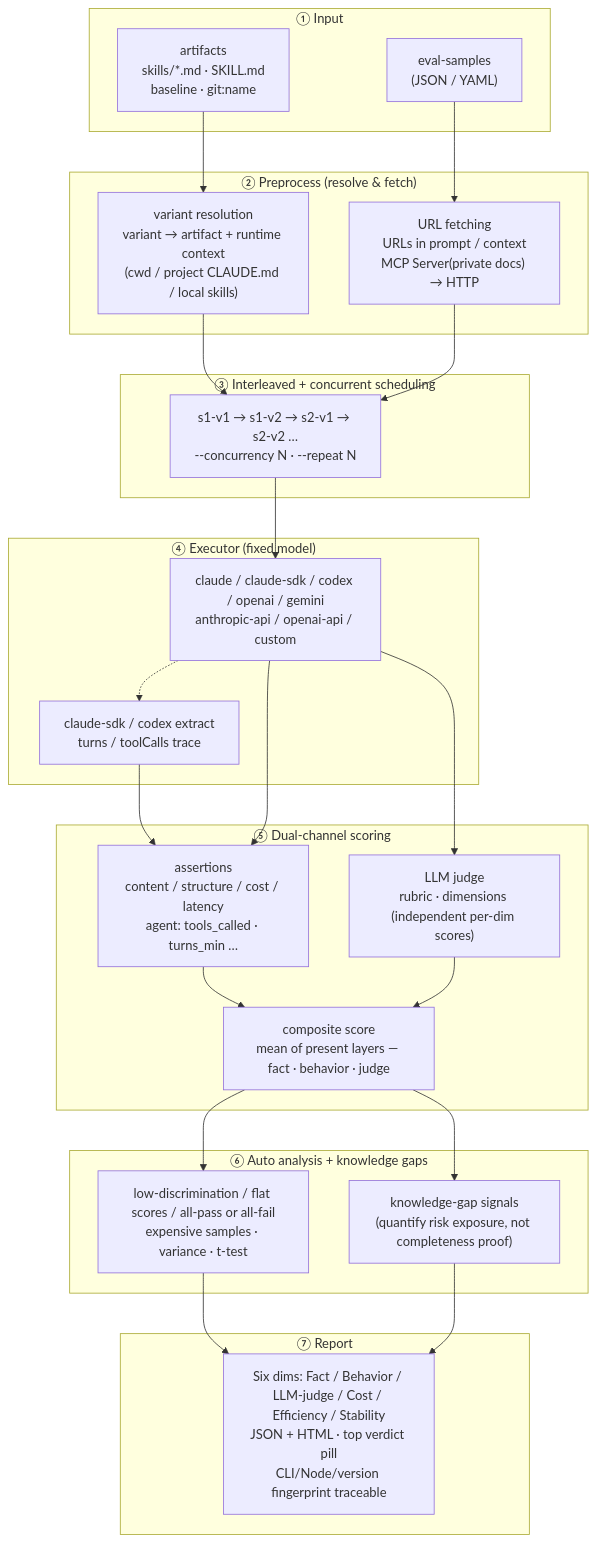
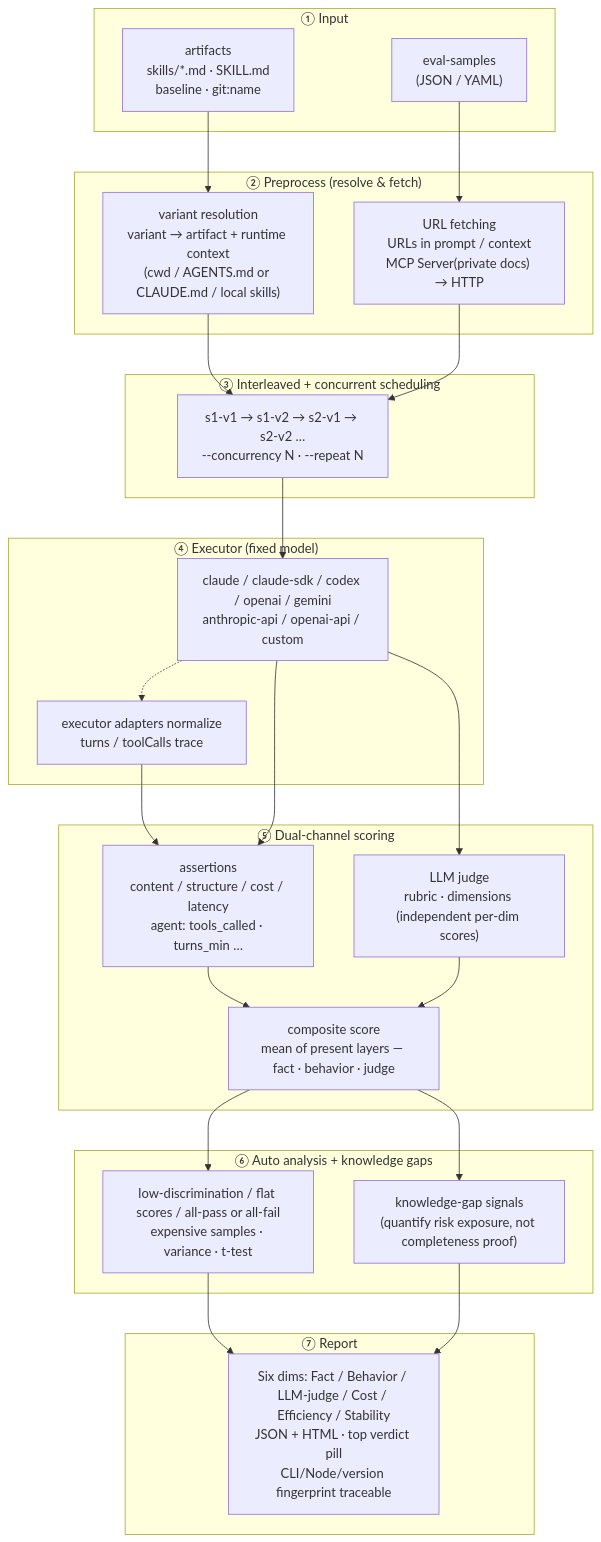
The first of 2 diagrams in docs/explanation/architecture.md (lizhiyao/oh-my-knowledge), drawn with Mermaid before and after one commit. The commit also changed other lines of this file and 273 other files, not shown here.

First line of the commit message:
feat(observability)!: BREAKING-COMPARABILITY 构建中立 Trace IR 与 Codex 一等支持 (#349)

````diff
--- a/docs/explanation/architecture.md
+++ b/docs/explanation/architecture.md
@@ -5,52 +5,52 @@
 ```mermaid
 flowchart TD
     subgraph Input["① Input"]
         S["eval-samples<br/>(JSON / YAML)"]
         A["artifacts<br/>skills/*.md · SKILL.md<br/>baseline · git:name"]
     end
 
     subgraph Prep["② Preprocess (resolve & fetch)"]
-        V["variant resolution<br/>variant → artifact + runtime context<br/>(cwd / project CLAUDE.md / local skills)"]
+        V["variant resolution<br/>variant → artifact + runtime context<br/>(cwd / AGENTS.md or CLAUDE.md / local skills)"]
         U["URL fetching<br/>URLs in prompt / context<br/>MCP Server(private docs) → HTTP"]
     end
 
     subgraph Schedule["③ Interleaved + concurrent scheduling"]
         Q["s1-v1 → s1-v2 → s2-v1 → s2-v2 …<br/>--concurrency N · --repeat N"]
     end
 
     subgraph Exec["④ Executor (fixed model)"]
         E["claude / claude-sdk / codex / openai / gemini<br/>anthropic-api / openai-api / custom"]
-        T["claude-sdk / codex extract<br/>turns / toolCalls trace"]
+        T["executor adapters normalize<br/>turns / toolCalls trace"]
         E -.-> T
     end
 
     subgraph Score["⑤ Dual-channel scoring"]
         AS["assertions<br/>content / structure / cost / latency<br/>agent: tools_called · turns_min …"]
         LS["LLM judge<br/>rubric · dimensions (independent per-dim scores)"]
         CS["composite score<br/>mean of present layers — fact · behavior · judge"]
         AS --> CS
         LS --> CS
     end
 
     subgraph Analyze["⑥ Auto analysis + knowledge gaps"]
         D["low-discrimination / flat scores / all-pass or all-fail<br/>expensive samples · variance · t-test"]
         G["knowledge-gap signals<br/>(quantify risk exposure, not completeness proof)"]
     end
 
     subgraph Report["⑦ Report"]
         R["Six dims: Fact / Behavior / LLM-judge / Cost / Efficiency / Stability<br/>JSON + HTML · top verdict pill<br/>CLI/Node/version fingerprint traceable"]
     end
 
     S --> U
     A --> V
     V --> Q
     U --> Q
     Q --> E
     T --> AS
     E --> AS
     E --> LS
     CS --> D
     CS --> G
     D --> R
     G --> R
 ```
````
